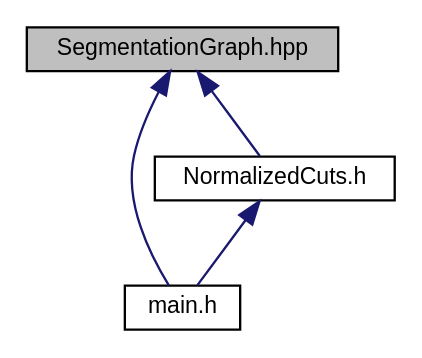
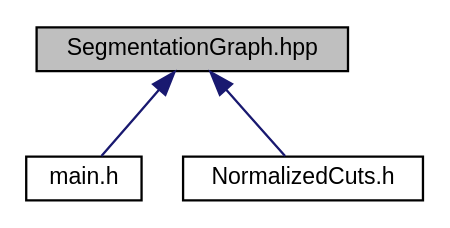
One commit to alexisVallet/animation-character-identification changed the diagram in _segmentation_graph_8hpp__dep__incl.dot. Above: the diagram before and after it, drawn with Graphviz. The commit also changed 166 other files, not shown here.

```diff
--- a/_segmentation_graph_8hpp__dep__incl.dot
+++ b/_segmentation_graph_8hpp__dep__incl.dot
@@ -1,11 +1,10 @@
 digraph "SegmentationGraph.hpp"
 {
   edge [fontname="Helvetica",fontsize="10",labelfontname="Helvetica",labelfontsize="10"];
   node [fontname="Helvetica",fontsize="10",shape=record];
   Node1 [label="SegmentationGraph.hpp",height=0.2,width=0.4,color="black", fillcolor="grey75", style="filled" fontcolor="black"];
   Node1 -> Node2 [dir="back",color="midnightblue",fontsize="10",style="solid",fontname="Helvetica"];
   Node2 [label="main.h",height=0.2,width=0.4,color="black", fillcolor="white", style="filled",URL="$main_8h_source.html"];
   Node1 -> Node3 [dir="back",color="midnightblue",fontsize="10",style="solid",fontname="Helvetica"];
   Node3 [label="NormalizedCuts.h",height=0.2,width=0.4,color="black", fillcolor="white", style="filled",URL="$_normalized_cuts_8h.html"];
-  Node3 -> Node2 [dir="back",color="midnightblue",fontsize="10",style="solid",fontname="Helvetica"];
 }
```
